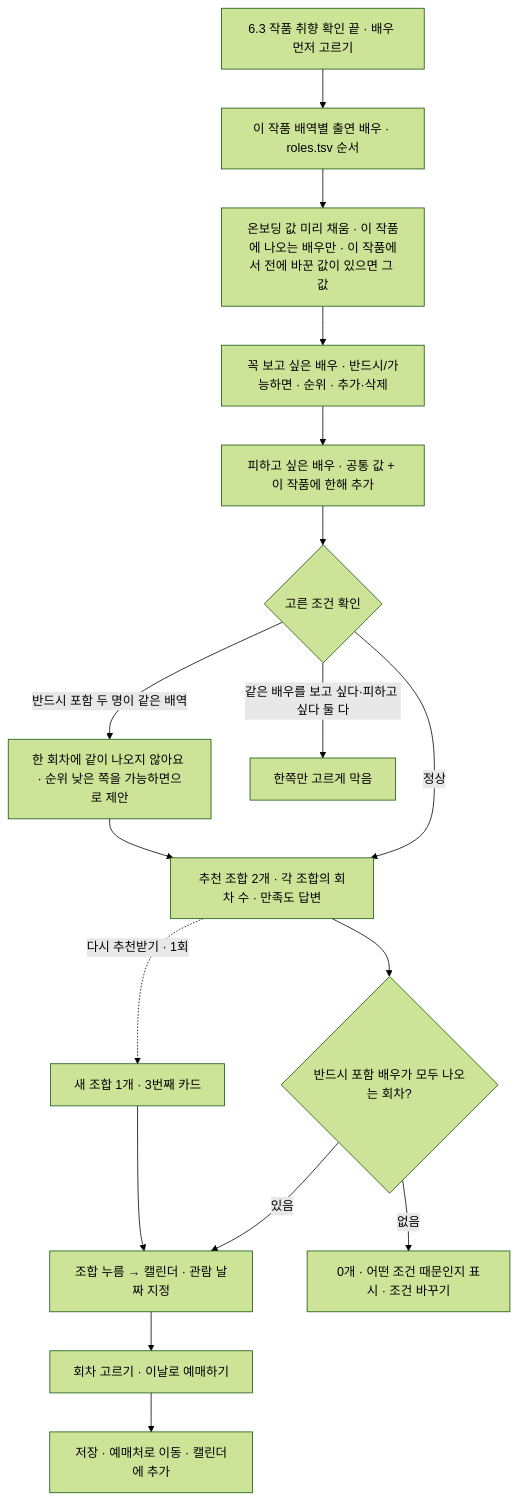
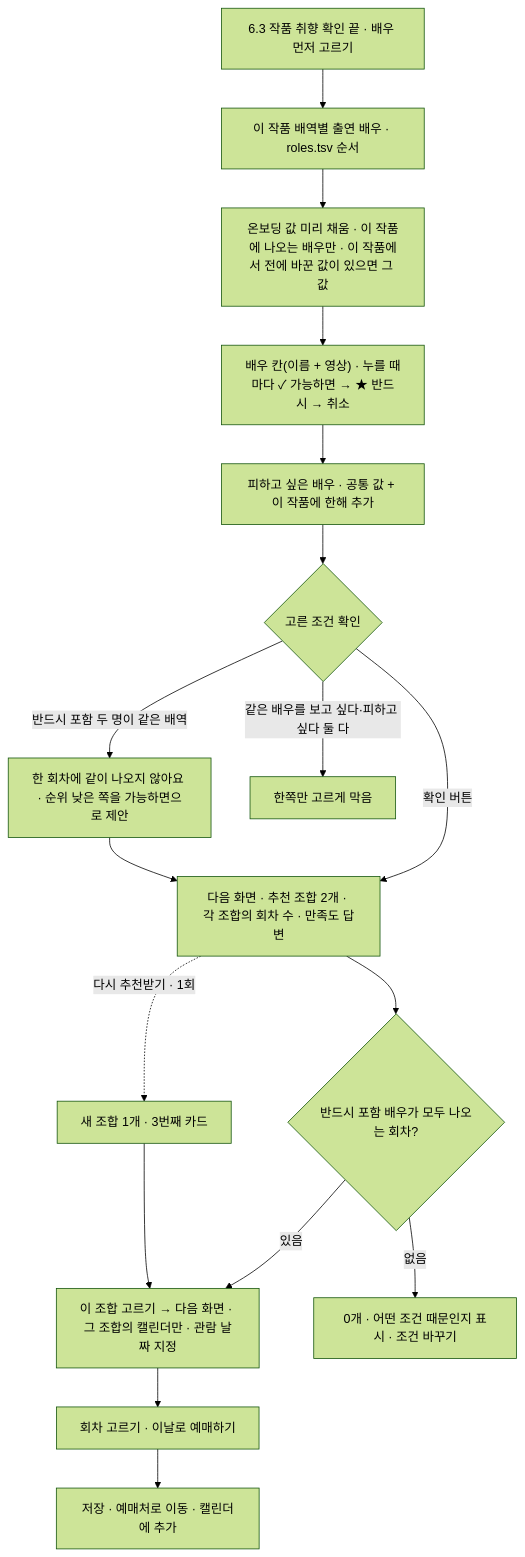
Before and after one commit to 2ma1995/pickle-src: the seventh of 8 diagrams in docs/261027_2_MVP_사용자흐름.md, drawn with Mermaid (forest theme). The commit also changed other lines of this file, not shown here.

First line of the commit message:
MVP 사용자 흐름 문서 v1.4: 배우 먼저 세 화면, ✓·★ 고르기, 캘린더 표시

````diff
--- a/docs/261027_2_MVP_사용자흐름.md
+++ b/docs/261027_2_MVP_사용자흐름.md
@@ -428,18 +439,18 @@
 ```mermaid
 flowchart TD
     START["6.3 작품 취향 확인 끝 · 배우 먼저 고르기"] --> A["이 작품 배역별 출연 배우 · roles.tsv 순서"]
     A --> P["온보딩 값 미리 채움 · 이 작품에 나오는 배우만 · 이 작품에서 전에 바꾼 값이 있으면 그 값"]
-    P --> B["꼭 보고 싶은 배우 · 반드시/가능하면 · 순위 · 추가·삭제"]
+    P --> B["배우 칸(이름 + 영상) · 누를 때마다 ✓ 가능하면 → ★ 반드시 → 취소"]
     B --> C["피하고 싶은 배우 · 공통 값 + 이 작품에 한해 추가"]
     C --> V{"고른 조건 확인"}
     V -->|반드시 포함 두 명이 같은 배역| V1["한 회차에 같이 나오지 않아요 · 순위 낮은 쪽을 가능하면으로 제안"]
     V -->|같은 배우를 보고 싶다·피하고 싶다 둘 다| V2["한쪽만 고르게 막음"]
-    V -->|정상| E["추천 조합 2개 · 각 조합의 회차 수 · 만족도 답변"]
+    V -->|확인 버튼| E["다음 화면 · 추천 조합 2개 · 각 조합의 회차 수 · 만족도 답변"]
     V1 --> E
     E --> F{"반드시 포함 배우가 모두 나오는 회차?"}
-    F -->|있음| G["조합 누름 → 캘린더 · 관람 날짜 지정"]
+    F -->|있음| G["이 조합 고르기 → 다음 화면 · 그 조합의 캘린더만 · 관람 날짜 지정"]
     F -->|없음| F1["0개 · 어떤 조건 때문인지 표시 · 조건 바꾸기"]
     E -.->|다시 추천받기 · 1회| E2["새 조합 1개 · 3번째 카드"] --> G
     G --> H["회차 고르기 · 이날로 예매하기"]
     H --> I["저장 · 예매처로 이동 · 캘린더에 추가"]
 ```
````
